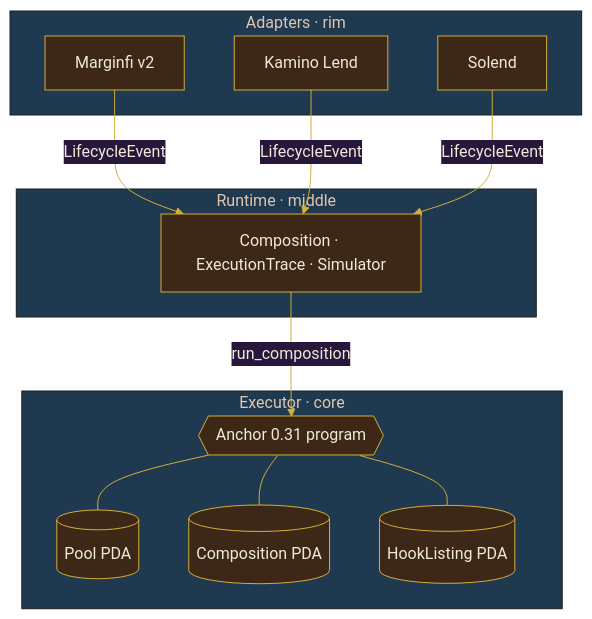
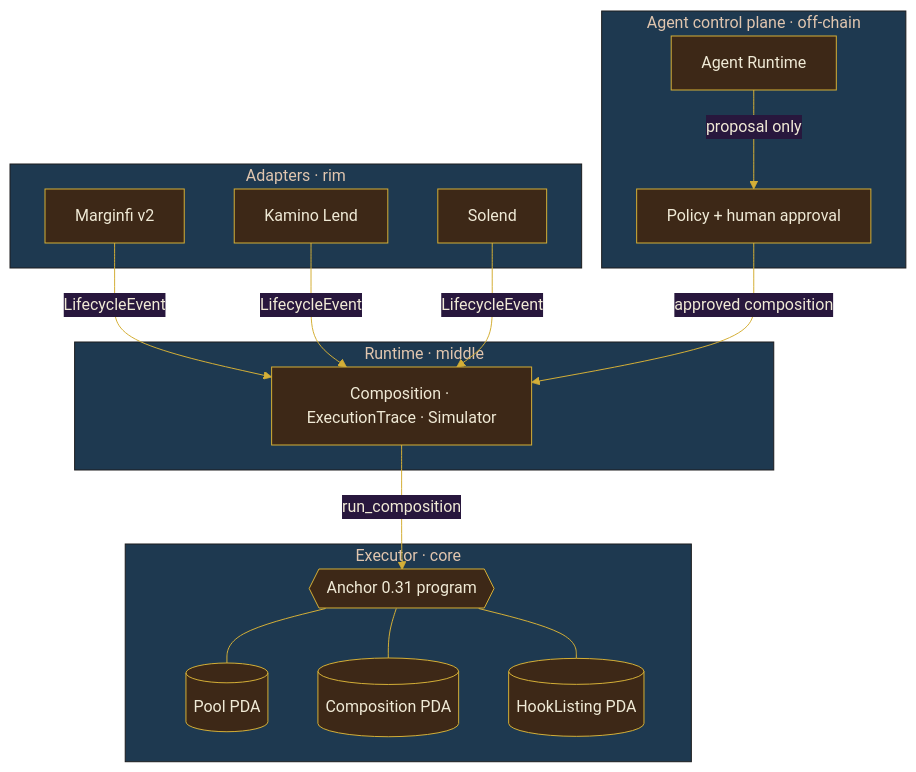
The diagram in docs/architecture.md (lewodro/agent-hooks), drawn with Mermaid before and after one commit. The commit also changed other lines of this file and 14 other files, not shown here.

Commit message:
feat: add approval-bound agent planning runtime

````diff
--- a/docs/architecture.md
+++ b/docs/architecture.md
@@ -5,29 +5,35 @@
 ```mermaid
 %%{init: { "theme": "base", "themeVariables": {
   "primaryColor": "#3D2817",
   "primaryTextColor": "#F0EAD6",
   "primaryBorderColor": "#D4AF37",
   "lineColor": "#D4AF37",
   "fontFamily": "Space Mono, monospace"
 }} }%%
 flowchart TB
     subgraph rim [Adapters · rim]
       A1[Marginfi v2]
       A2[Kamino Lend]
       A3[Solend]
     end
     subgraph middle [Runtime · middle]
       RT[Composition · ExecutionTrace · Simulator]
     end
     subgraph core [Executor · core]
       EX{{Anchor 0.31 program}}
       PDA1[(Pool PDA)]
       PDA2[(Composition PDA)]
       PDA3[(HookListing PDA)]
     end
+    subgraph control [Agent control plane · off-chain]
+      AG[Agent Runtime]
+      POLICY[Policy + human approval]
+    end
     A1 & A2 & A3 -- LifecycleEvent --> RT
     RT -- run_composition --> EX
     EX --- PDA1
     EX --- PDA2
     EX --- PDA3
+    AG -- proposal only --> POLICY
+    POLICY -- approved composition --> RT
 ```
````
